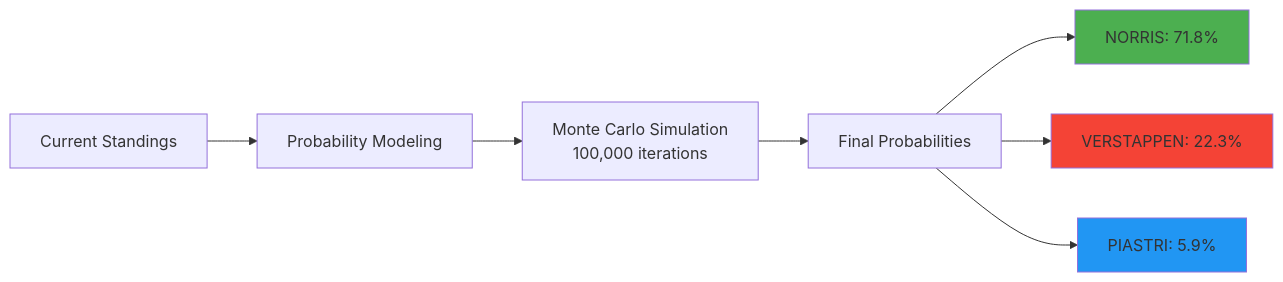
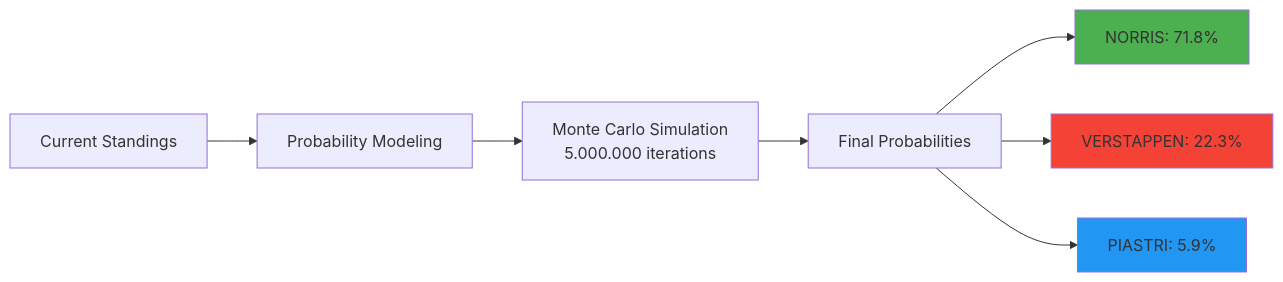
Before and after one commit to SteveProkovas/Predictive-ML-Model-for-the-2025-Abu-Dhabi-Grand-Prix-Winner: the seventh of 7 diagrams in README.md, drawn with Mermaid.

````diff
--- a/README.md
+++ b/README.md
@@ -334,14 +334,14 @@
 ```mermaid
 graph LR
     A[Current Standings] --> B[Probability Modeling]
-    B --> C[Monte Carlo Simulation<br>100,000 iterations]
+    B --> C[Monte Carlo Simulation<br>5.000.000 iterations]
     C --> D[Final Probabilities]
     
     D --> E[NORRIS: 71.8%]
     D --> F[VERSTAPPEN: 22.3%]
     D --> G[PIASTRI: 5.9%]
     
     style E fill:#4CAF50
     style F fill:#f44336
     style G fill:#2196F3
 ```
````
